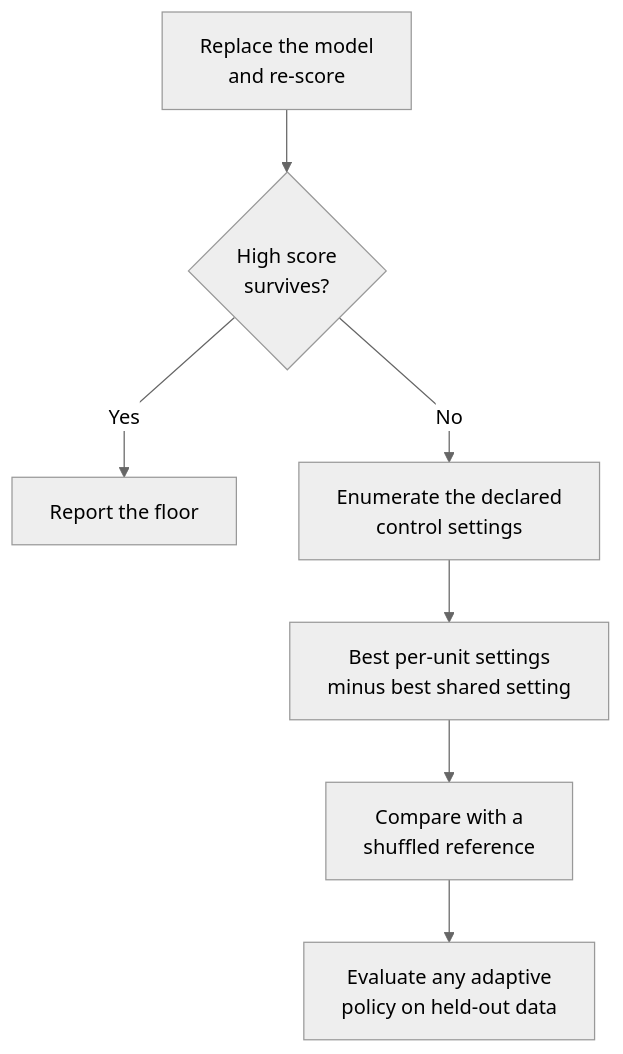
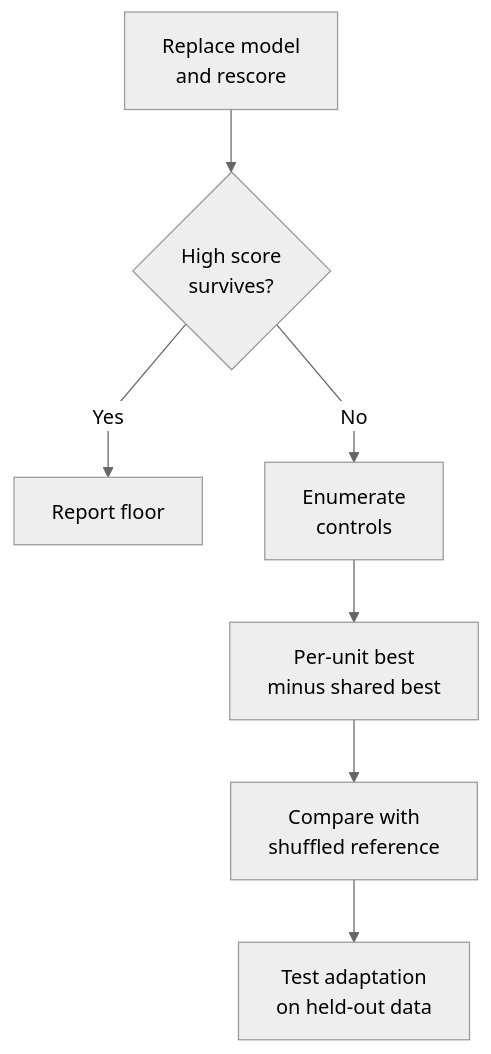
Before and after one commit to jlov7/no-model-floor: the diagram in README.md, drawn with Mermaid. The commit also changed 2 other files, not shown here.

Commit message:
fix: improve narrow README visuals

````diff
--- a/README.md
+++ b/README.md
@@ -40,13 +40,13 @@
 ```mermaid
 %%{init: {"theme": "neutral", "flowchart": {"curve": "linear"}}}%%
 flowchart TD
     accTitle: Floor and headroom checks
     accDescr: Replace the model with fixed policies and score the full system. If a high score survives, report that floor. Otherwise compare the best shared control setting with the best settings chosen per unit. Any apparent per-unit advantage still needs held-out evaluation.
 
-    A["Replace the model<br/>and re-score"] --> B{"High score<br/>survives?"}
-    B -->|Yes| C["Report the floor"]
-    B -->|No| D["Enumerate the declared<br/>control settings"]
-    D --> E["Best per-unit settings<br/>minus best shared setting"]
-    E --> F["Compare with a<br/>shuffled reference"]
-    F --> G["Evaluate any adaptive<br/>policy on held-out data"]
+    A["Replace model<br/>and rescore"] --> B{"High score<br/>survives?"}
+    B -->|Yes| C["Report floor"]
+    B -->|No| D["Enumerate<br/>controls"]
+    D --> E["Per-unit best<br/>minus shared best"]
+    E --> F["Compare with<br/>shuffled reference"]
+    F --> G["Test adaptation<br/>on held-out data"]
 ```
````
